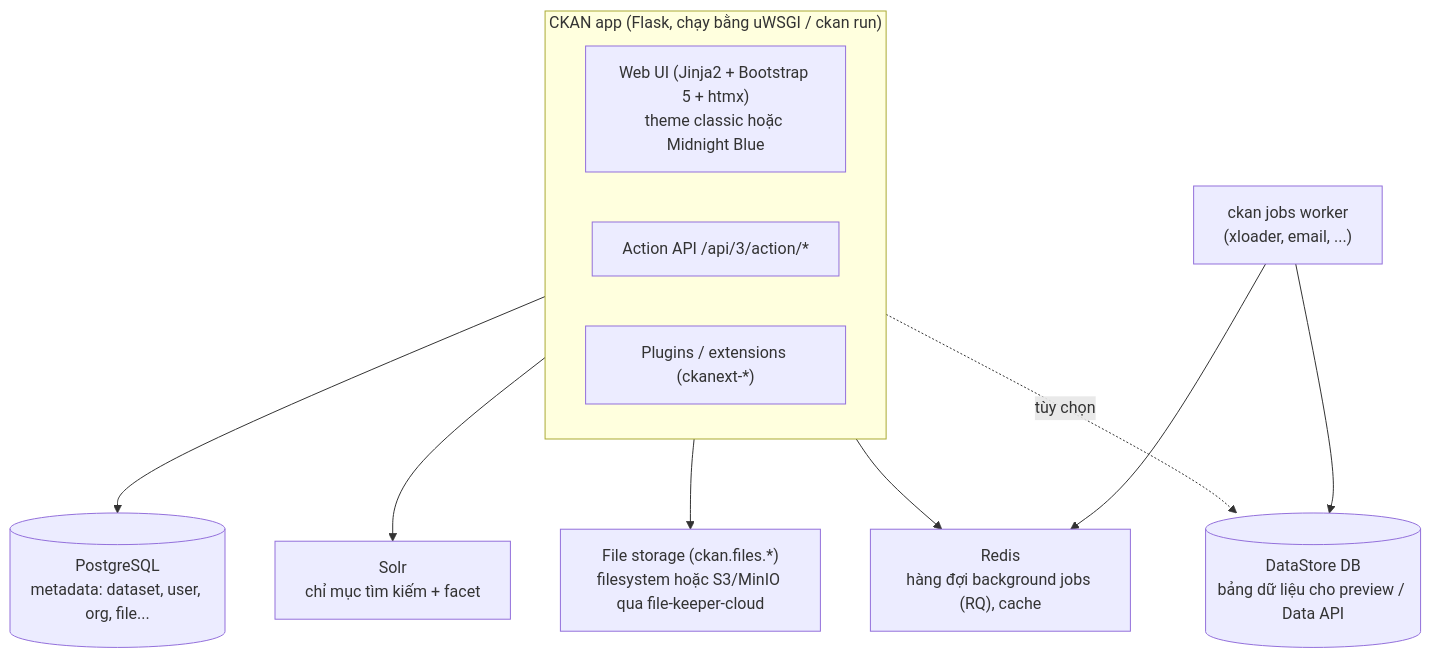
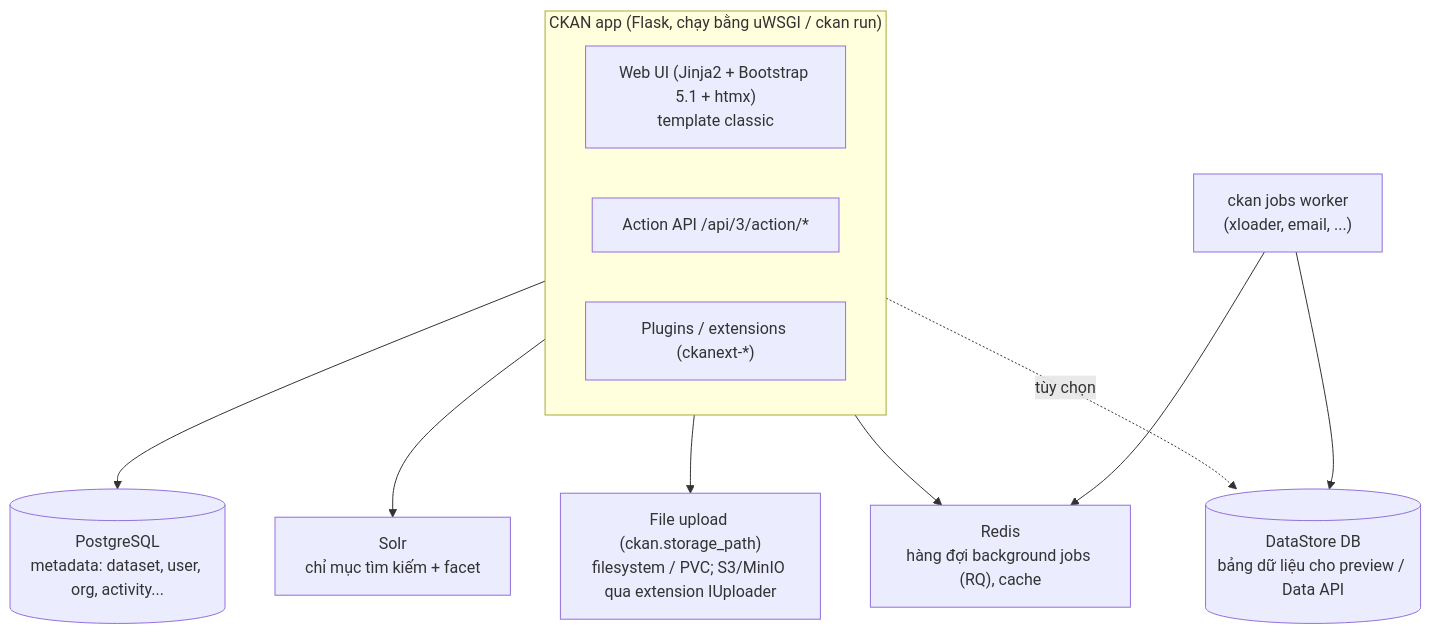
The diagram in docs/ckan-overview.md (jayyyyte/ckan_customized), drawn with Mermaid before and after one commit. The commit also changed other lines of this file and 8 other files, not shown here.

````diff
--- a/docs/ckan-overview.md
+++ b/docs/ckan-overview.md
@@ -54,15 +52,15 @@
 ```mermaid
 flowchart TB
   subgraph CKAN["CKAN app (Flask, chạy bằng uWSGI / ckan run)"]
-    WEB["Web UI (Jinja2 + Bootstrap 5 + htmx)<br/>theme classic hoặc Midnight Blue"]
+    WEB["Web UI (Jinja2 + Bootstrap 5.1 + htmx)<br/>template classic"]
     API["Action API /api/3/action/*"]
     PLG["Plugins / extensions (ckanext-*)"]
   end
-  CKAN --> PG[("PostgreSQL<br/>metadata: dataset, user, org, file...")]
+  CKAN --> PG[("PostgreSQL<br/>metadata: dataset, user, org, activity...")]
   CKAN --> SOLR["Solr<br/>chỉ mục tìm kiếm + facet"]
   CKAN --> REDIS["Redis<br/>hàng đợi background jobs (RQ), cache"]
-  CKAN --> FS["File storage (ckan.files.*)<br/>filesystem hoặc S3/MinIO qua file-keeper-cloud"]
+  CKAN --> FS["File upload (ckan.storage_path)<br/>filesystem / PVC; S3/MinIO qua extension IUploader"]
   CKAN -. tùy chọn .-> DS[("DataStore DB<br/>bảng dữ liệu cho preview / Data API")]
   WK["ckan jobs worker<br/>(xloader, email, ...)"] --> REDIS
   WK --> DS
 ```
````
